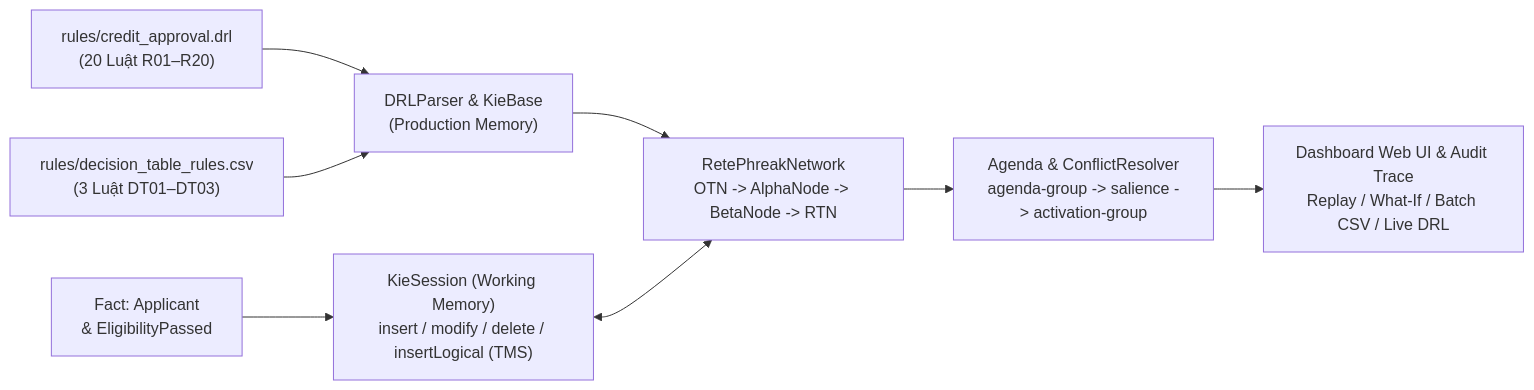
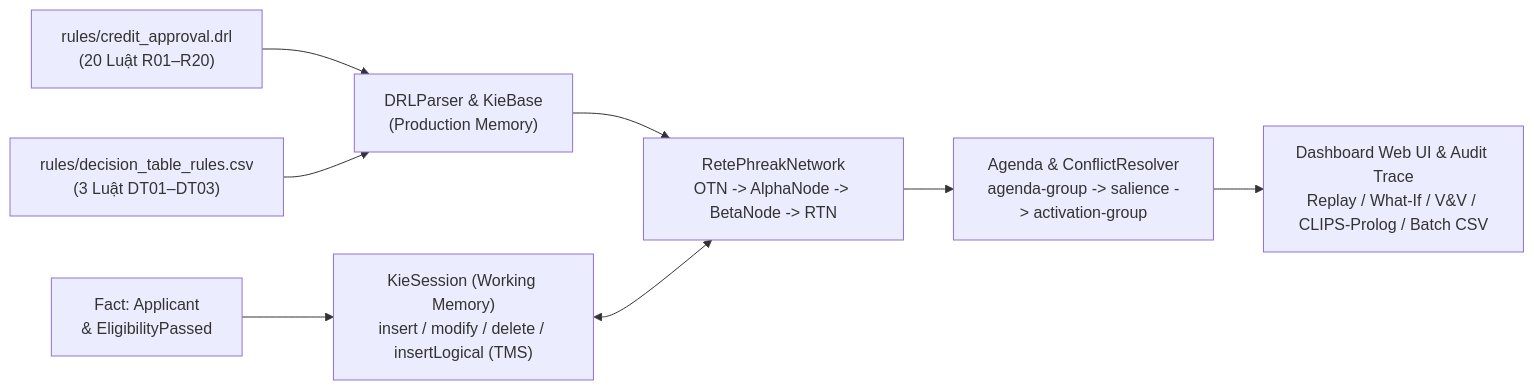
One commit to Vipwar/dss-nhom1-de08-drools changed the diagram in README.md. Above: the diagram before and after it, drawn with Mermaid. The commit also changed other lines of this file and 15 other files, not shown here.

Commit message:
Nang cap toan dien 10/10: Doi sanh Drools-CLIPS-Prolog, Formal Rule V&V, Backward Goal-Seeker, Java KIE Maven & Bao cao Word/Slide PowerPoint

````diff
--- a/README.md
+++ b/README.md
@@ -21,10 +22,10 @@
 ```mermaid
 flowchart LR
     DRL["rules/credit_approval.drl\n(20 Luật R01–R20)"] --> Parser["DRLParser & KieBase\n(Production Memory)"]
     DT["rules/decision_table_rules.csv\n(3 Luật DT01–DT03)"] --> Parser
     Parser --> Rete["RetePhreakNetwork\nOTN -> AlphaNode -> BetaNode -> RTN"]
     App["Fact: Applicant\n& EligibilityPassed"] --> KS["KieSession (Working Memory)\ninsert / modify / delete / insertLogical (TMS)"]
     KS <--> Rete
     Rete --> Agenda["Agenda & ConflictResolver\nagenda-group -> salience -> activation-group"]
-    Agenda --> Trace["Dashboard Web UI & Audit Trace\nReplay / What-If / Batch CSV / Live DRL"]
+    Agenda --> Trace["Dashboard Web UI & Audit Trace\nReplay / What-If / V&V / CLIPS-Prolog / Batch CSV"]
 ```
````
